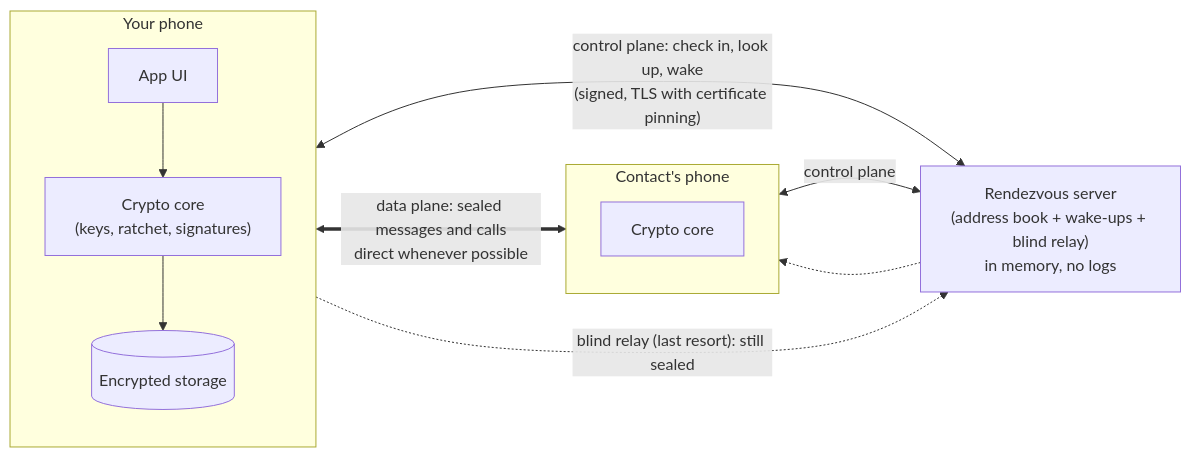
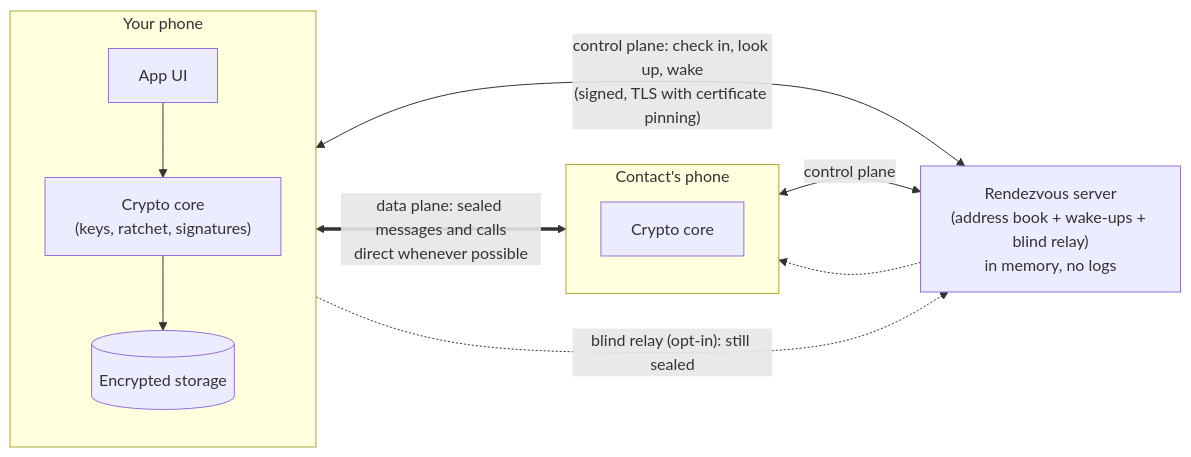
One commit to someamount2190/Aurora-Messenger-Android-Messenger-Secure-by-Design-Architecture changed the first of 8 diagrams in README.md. Above: the diagram before and after it, drawn with Mermaid. The commit also changed other lines of this file and 48 other files, not shown here.

````diff
--- a/README.md
+++ b/README.md
@@ -90,18 +90,18 @@
 ```mermaid
 flowchart LR
   subgraph A["Your phone"]
     AUI["App UI"]
     ACR["Crypto core<br/>(keys, ratchet, signatures)"]
     ADB[("Encrypted storage")]
   end
   subgraph B["Contact's phone"]
     BCR["Crypto core"]
   end
   RZ["Rendezvous server<br/>(address book + wake-ups + blind relay)<br/>in memory, no logs"]
 
   AUI --> ACR --> ADB
   A <-->|"control plane: check in, look up, wake<br/>(signed, TLS with certificate pinning)"| RZ
   B <-->|control plane| RZ
   A <==>|"data plane: sealed messages and calls<br/>direct whenever possible"| B
-  A -.->|"blind relay (last resort): still sealed"| RZ -.-> B
+  A -.->|"blind relay (opt-in): still sealed"| RZ -.-> B
 ```
````
